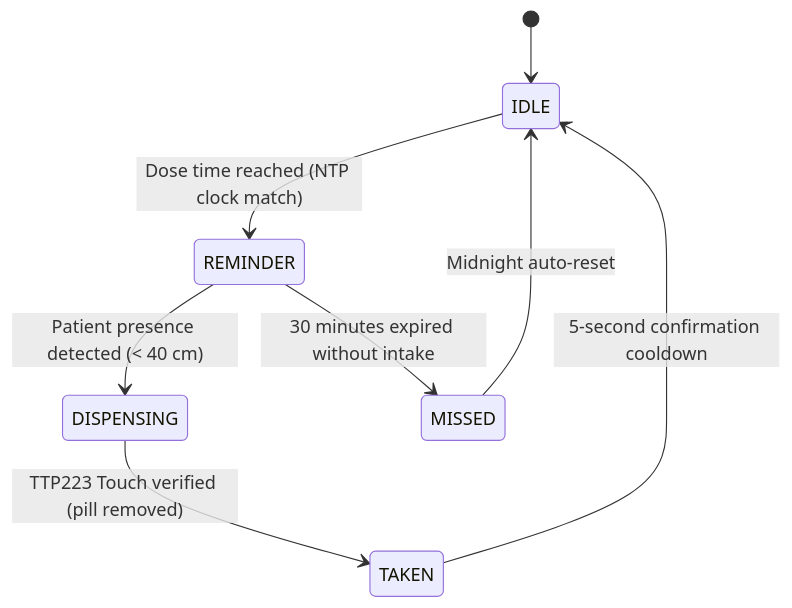
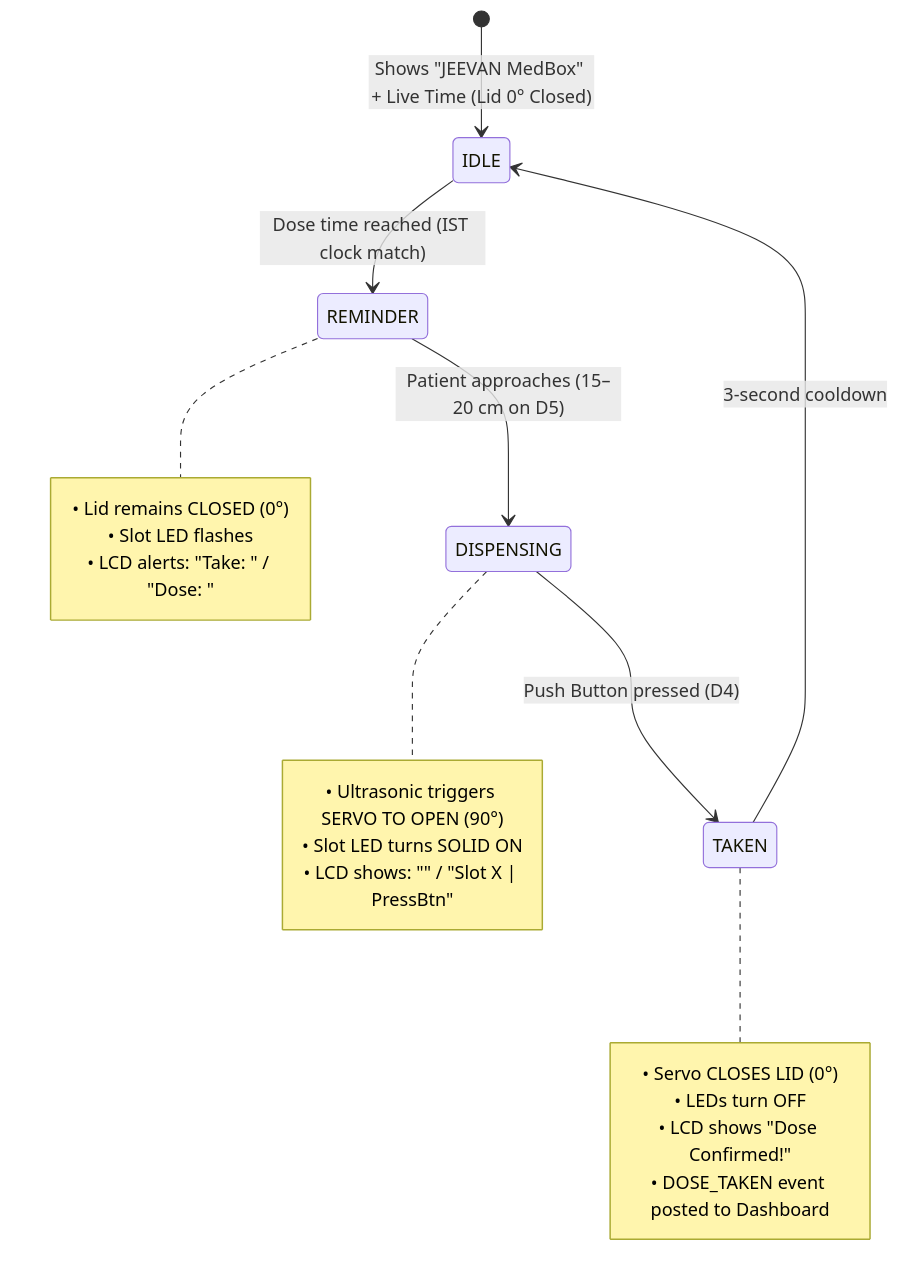
Before and after one commit to somsu123/JEEVAN: the diagram in firmware/medicine_box/README.md, drawn with Mermaid. The commit also changed other lines of this file and 35 other files, not shown here.

````diff
--- a/firmware/medicine_box/README.md
+++ b/firmware/medicine_box/README.md
@@ -38,10 +37,24 @@
 ```mermaid
 stateDiagram-v2
-    [*] --> IDLE
-    IDLE --> REMINDER : Dose time reached (NTP clock match)
-    REMINDER --> DISPENSING : Patient presence detected (< 40 cm)
-    REMINDER --> MISSED : 30 minutes expired without intake
-    DISPENSING --> TAKEN : TTP223 Touch verified (pill removed)
-    TAKEN --> IDLE : 5-second confirmation cooldown
-    MISSED --> IDLE : Midnight auto-reset
+    [*] --> IDLE : Shows "JEEVAN MedBox" + Live Time (Lid 0° Closed)
+    IDLE --> REMINDER : Dose time reached (IST clock match)
+    note right of REMINDER
+      • Lid remains CLOSED (0°)
+      • Slot LED flashes
+      • LCD alerts: "Take: <Medicine>" / "Dose: <Dosage>"
+    end note
+    REMINDER --> DISPENSING : Patient approaches (15–20 cm on D5)
+    note right of DISPENSING
+      • Ultrasonic triggers SERVO TO OPEN (90°)
+      • Slot LED turns SOLID ON
+      • LCD shows: "<Medicine>" / "Slot X | PressBtn"
+    end note
+    DISPENSING --> TAKEN : Push Button pressed (D4)
+    note right of TAKEN
+      • Servo CLOSES LID (0°)
+      • LEDs turn OFF
+      • LCD shows "Dose Confirmed!"
+      • DOSE_TAKEN event posted to Dashboard
+    end note
+    TAKEN --> IDLE : 3-second cooldown
 ```
````
